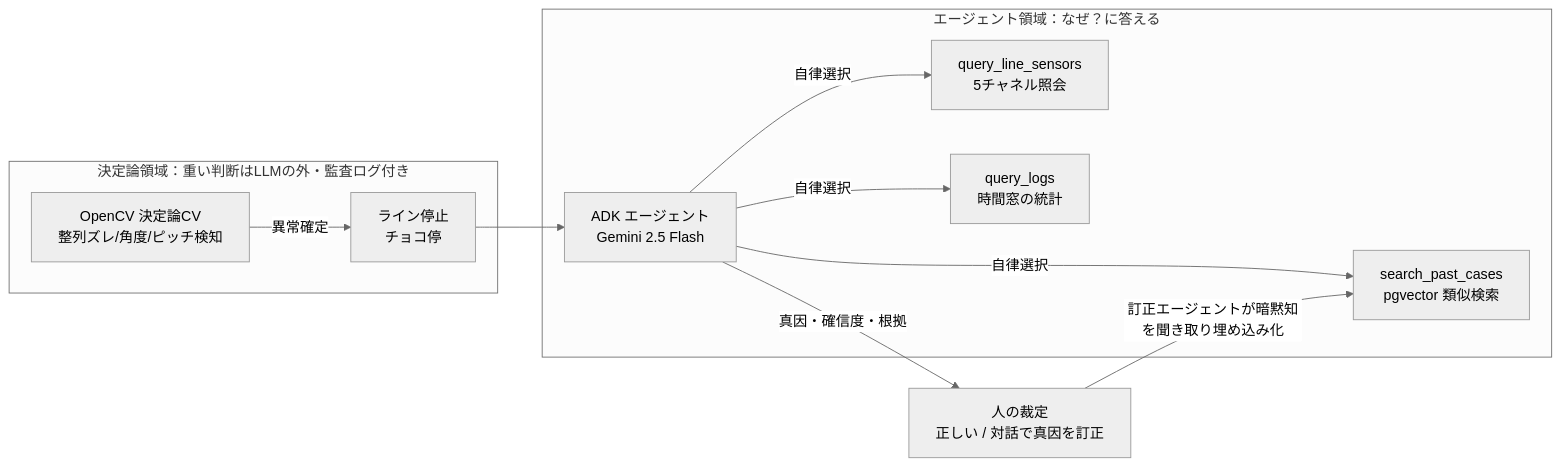
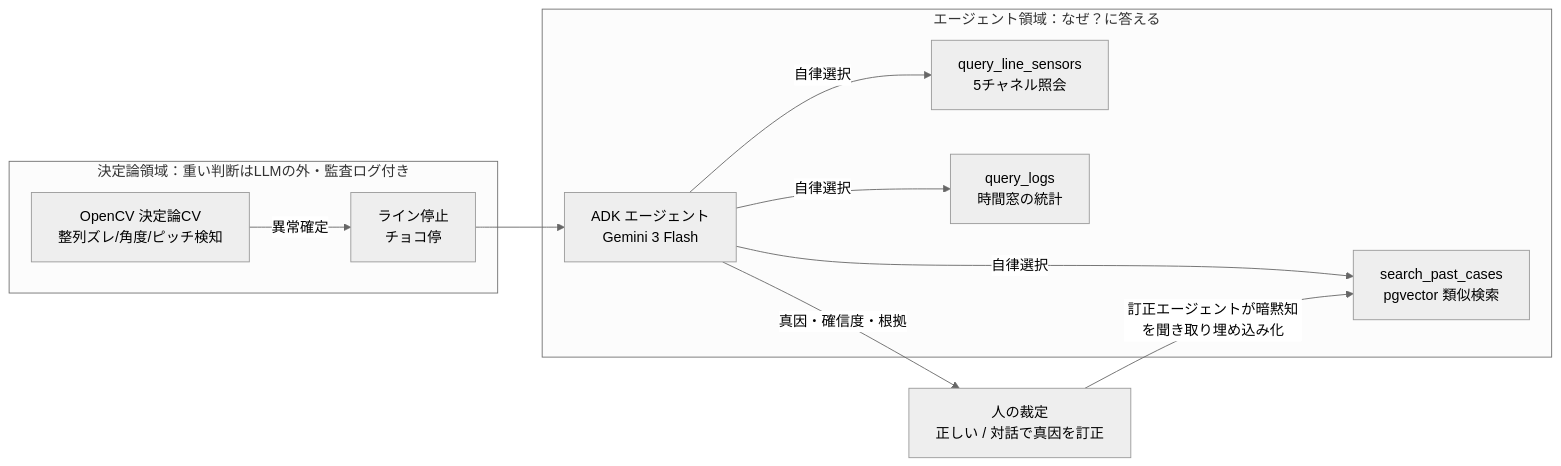
Before and after one commit to ai-club-lab/e-andon: the first of 2 diagrams in README.md, drawn with Mermaid (neutral theme). The commit also changed other lines of this file and 1 other file, not shown here.

````diff
--- a/README.md
+++ b/README.md
@@ -29,14 +33,14 @@
 ```mermaid
 flowchart LR
     subgraph DOM1["決定論領域：重い判断はLLMの外・監査ログ付き"]
         CV[OpenCV 決定論CV<br>整列ズレ/角度/ピッチ検知] -->|異常確定| STOP[ライン停止<br>チョコ停]
     end
     STOP --> AGENT
     subgraph DOM2["エージェント領域：なぜ？に答える"]
-        AGENT[ADK エージェント<br>Gemini 2.5 Flash] -->|自律選択| T1[query_line_sensors<br>5チャネル照会]
+        AGENT[ADK エージェント<br>Gemini 3 Flash] -->|自律選択| T1[query_line_sensors<br>5チャネル照会]
         AGENT -->|自律選択| T2[query_logs<br>時間窓の統計]
         AGENT -->|自律選択| T3[search_past_cases<br>pgvector 類似検索]
     end
     AGENT -->|真因・確信度・根拠| HITL[人の裁定<br>正しい / 対話で真因を訂正]
     HITL -->|訂正エージェントが暗黙知を聞き取り埋め込み化| T3
 ```
````
